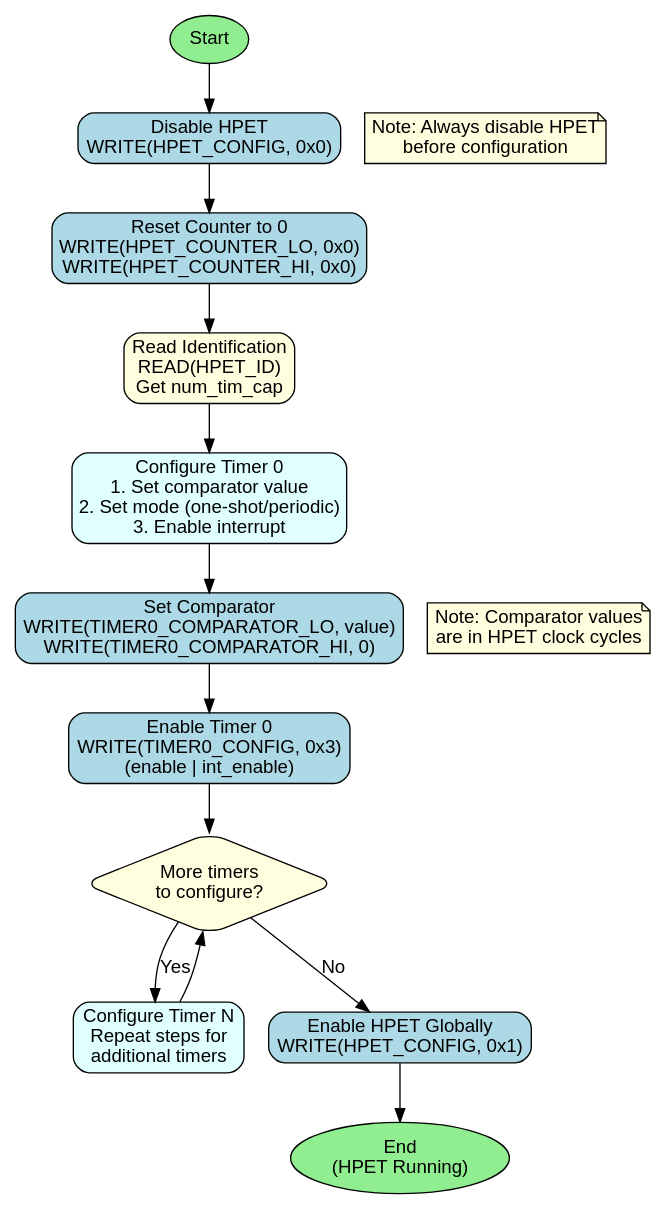
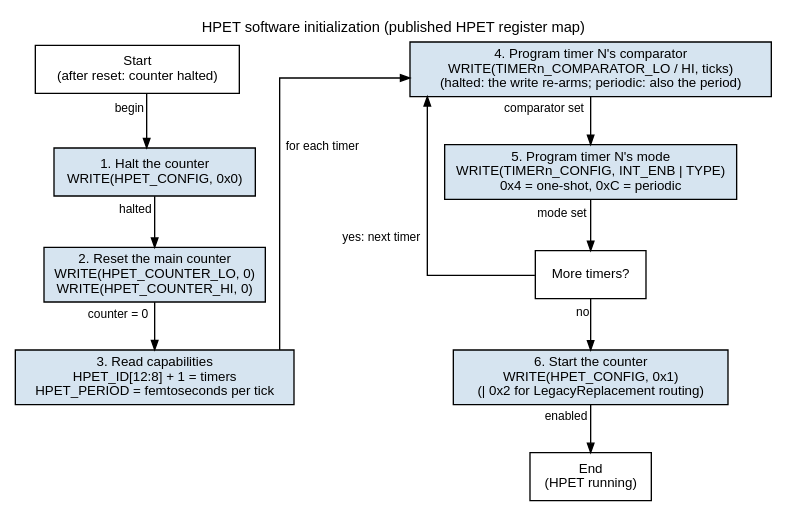
One commit to sean-galloway/RTLDesignSherpa changed the diagram in projects/components/legacy-ip/retro_legacy_blocks/docs/hpet_mas/assets/graphviz/software_init.dot. Above: the diagram before and after it, drawn with Graphviz. The commit also changed 323 other files, not shown here.

```diff
--- a/projects/components/legacy-ip/retro_legacy_blocks/docs/hpet_mas/assets/graphviz/software_init.dot
+++ b/projects/components/legacy-ip/retro_legacy_blocks/docs/hpet_mas/assets/graphviz/software_init.dot
@@ -1,52 +1,40 @@
-// HPET Software Initialization Flow
-// Render with: dot -Tpng software_init.dot -o software_init.png
-// Or: dot -Tsvg software_init.dot -o software_init.svg
+// HPET software initialization flow - a procedure, not a block diagram, drawn
+// in the house decision-tree vocabulary (vault/handbook/authoring/block-diagrams.md,
+// "Decision trees"): white start / question boxes, blue action boxes, every
+// arrow labeled. Two columns keep the aspect ratio inside 0.7 .. 2.5.
+// Register names and bit positions follow the published HPET map
+// (rdl/hpet/hpet_regs.rdl): TN_CONF.INT_ENB = bit 2, TN_CONF.TYPE = bit 3.
+digraph software_init {
+    graph [rankdir=TB, bgcolor="white", fontname="Helvetica", fontsize=11,
+           nodesep="0.45", ranksep="0.50", splines=ortho, newrank=true,
+           label="HPET software initialization (published HPET register map)", labelloc=t, labeljust=c];
+    node  [fontname="Helvetica", fontsize=10, shape=box, style=filled,
+           fillcolor="#D6E4F0", color="black", margin="0.12,0.06"];
+    edge  [fontname="Helvetica", fontsize=9, color="black", arrowsize=0.7];
+    start [label="Start\n(after reset: counter halted)", fillcolor="white"];
+    halt  [group=A, label="1. Halt the counter\nWRITE(HPET_CONFIG, 0x0)"];
+    zero  [group=A, label="2. Reset the main counter\nWRITE(HPET_COUNTER_LO, 0)\nWRITE(HPET_COUNTER_HI, 0)"];
+    caps  [group=A, label="3. Read capabilities\nHPET_ID[12:8] + 1 = timers\nHPET_PERIOD = femtoseconds per tick"];
 
-digraph hpet_software_init {
-    // Graph attributes
-    rankdir=TB;
-    node [shape=box, style="rounded,filled", fillcolor=lightblue, fontname="Arial"];
-    edge [fontname="Arial"];
+    comp  [group=B, label="4. Program timer N's comparator\nWRITE(TIMERn_COMPARATOR_LO / HI, ticks)\n(halted: the write re-arms; periodic: also the period)"];
+    conf  [group=B, label="5. Program timer N's mode\nWRITE(TIMERn_CONFIG, INT_ENB | TYPE)\n0x4 = one-shot, 0xC = periodic"];
+    more  [group=B, label="More timers?", fillcolor="white"];
+    go    [group=B, label="6. Start the counter\nWRITE(HPET_CONFIG, 0x1)\n(| 0x2 for LegacyReplacement routing)"];
+    done  [group=B, label="End\n(HPET running)", fillcolor="white"];
 
-    // Start/End nodes
-    start [label="Start", shape=ellipse, fillcolor=lightgreen];
-    end [label="End\n(HPET Running)", shape=ellipse, fillcolor=lightgreen];
+    start -> halt [xlabel="begin"];
+    halt  -> zero [xlabel="halted"];
+    zero  -> caps [xlabel="counter = 0"];
+    caps  -> comp [xlabel="for each timer"];
+    comp  -> conf [xlabel="comparator set"];
+    conf  -> more [xlabel="mode set"];
+    more  -> comp [xlabel="yes: next timer", constraint=false];
+    more  -> go   [xlabel="no"];
+    go    -> done [xlabel="enabled"];
 
-    // Main flow
-    start -> disable_hpet;
-
-    disable_hpet [label="Disable HPET\nWRITE(HPET_CONFIG, 0x0)"];
-    disable_hpet -> reset_counter;
-
-    reset_counter [label="Reset Counter to 0\nWRITE(HPET_COUNTER_LO, 0x0)\nWRITE(HPET_COUNTER_HI, 0x0)"];
-    reset_counter -> check_caps;
-
-    check_caps [label="Read Identification\nREAD(HPET_ID)\nGet num_tim_cap", fillcolor=lightyellow];
-    check_caps -> config_timer0;
-
-    config_timer0 [label="Configure Timer 0\n1. Set comparator value\n2. Set mode (one-shot/periodic)\n3. Enable interrupt", fillcolor=lightcyan];
-    config_timer0 -> set_comp0;
-
-    set_comp0 [label="Set Comparator\nWRITE(TIMER0_COMPARATOR_LO, value)\nWRITE(TIMER0_COMPARATOR_HI, 0)"];
-    set_comp0 -> set_config0;
-
-    set_config0 [label="Enable Timer 0\nWRITE(TIMER0_CONFIG, 0x3)\n(enable | int_enable)"];
-    set_config0 -> more_timers;
-
-    more_timers [label="More timers\nto configure?", shape=diamond, fillcolor=lightyellow];
-    more_timers -> config_timerN [label="Yes"];
-    more_timers -> enable_hpet [label="No"];
-
-    config_timerN [label="Configure Timer N\nRepeat steps for\nadditional timers", fillcolor=lightcyan];
-    config_timerN -> more_timers;
-
-    enable_hpet [label="Enable HPET Globally\nWRITE(HPET_CONFIG, 0x1)"];
-    enable_hpet -> end;
-
-    // Notes
-    note1 [label="Note: Always disable HPET\nbefore configuration", shape=note, fillcolor=lightyellow, style=filled];
-    note2 [label="Note: Comparator values\nare in HPET clock cycles", shape=note, fillcolor=lightyellow, style=filled];
-
-    {rank=same; disable_hpet; note1;}
-    {rank=same; set_comp0; note2;}
+    { rank=same; start; comp; }
+    { rank=same; halt; conf; }
+    { rank=same; zero; more; }
+    { rank=same; caps; go; }
+    start -> comp [style=invis, minlen=4];
 }
```
